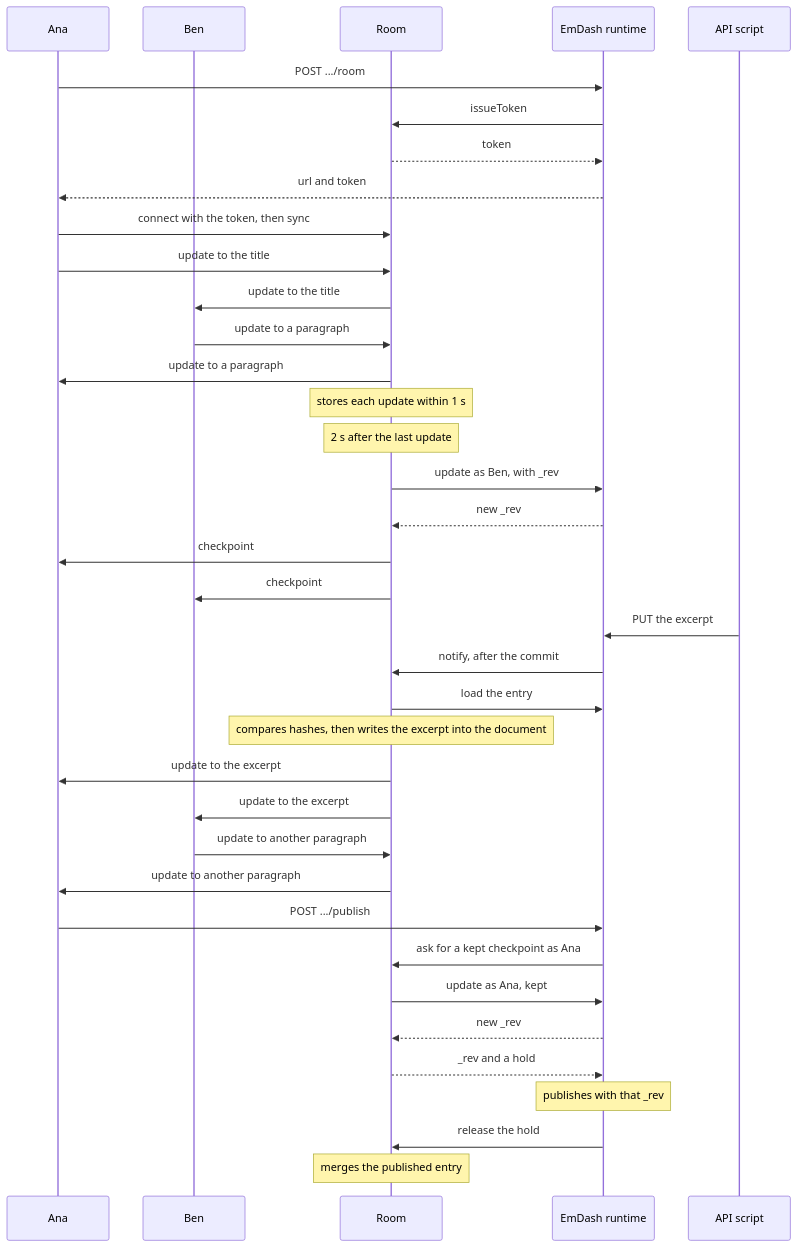
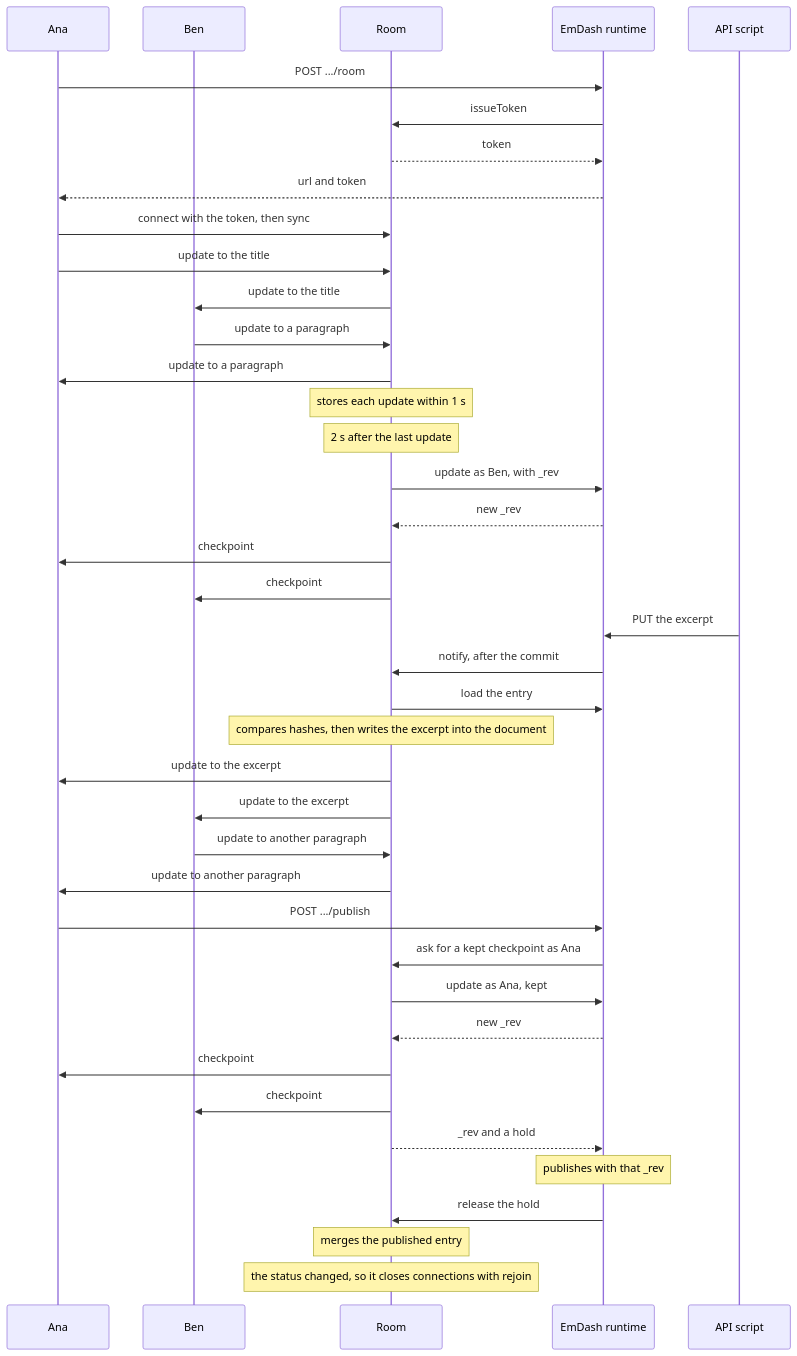
Before and after one commit to emdash-cms/emdash: the diagram in proposals/real-time-co-editing.md, drawn with Mermaid. The commit also changed other lines of this file, not shown here.

First line of the commit message:
design: Take Node.js room upgrades from the site's own server

````diff
--- a/proposals/real-time-co-editing.md
+++ b/proposals/real-time-co-editing.md
@@ -117,39 +117,42 @@
 ```mermaid
 sequenceDiagram
     participant Ana
     participant Ben
     participant Room
     participant Site as EmDash runtime
     participant Script as API script
     Ana->>Site: POST .../room
     Site->>Room: issueToken
     Room-->>Site: token
     Site-->>Ana: url and token
     Ana->>Room: connect with the token, then sync
     Ana->>Room: update to the title
     Room->>Ben: update to the title
     Ben->>Room: update to a paragraph
     Room->>Ana: update to a paragraph
     Note over Room: stores each update within 1 s
     Note over Room: 2 s after the last update
     Room->>Site: update as Ben, with _rev
     Site-->>Room: new _rev
     Room->>Ana: checkpoint
     Room->>Ben: checkpoint
     Script->>Site: PUT the excerpt
     Site->>Room: notify, after the commit
     Room->>Site: load the entry
     Note over Room: compares hashes, then writes the excerpt into the document
     Room->>Ana: update to the excerpt
     Room->>Ben: update to the excerpt
     Ben->>Room: update to another paragraph
     Room->>Ana: update to another paragraph
     Ana->>Site: POST .../publish
     Site->>Room: ask for a kept checkpoint as Ana
     Room->>Site: update as Ana, kept
     Site-->>Room: new _rev
+    Room->>Ana: checkpoint
+    Room->>Ben: checkpoint
     Room-->>Site: _rev and a hold
     Note over Site: publishes with that _rev
     Site->>Room: release the hold
     Note over Room: merges the published entry
+    Note over Room: the status changed, so it closes connections with rejoin
 ```
````
